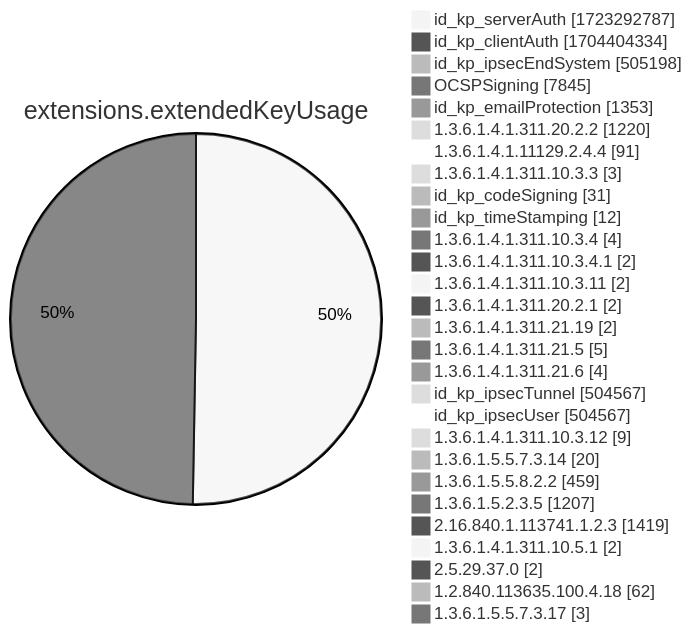
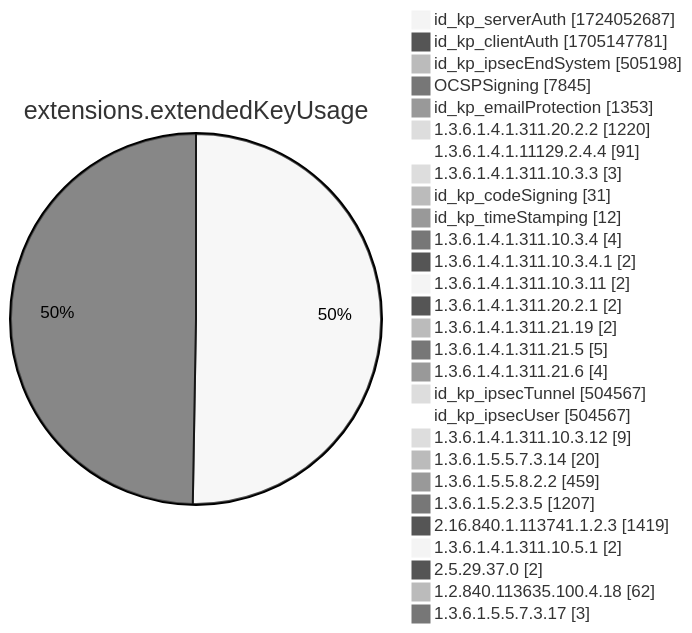
Diagram 12 of 15 in xenon2022/README.md (christiankrug/ctmonitor_visualization), drawn with Mermaid (neutral theme) before and after one commit. The commit also changed other lines of this file, not shown here.

````diff
--- a/xenon2022/README.md
+++ b/xenon2022/README.md
@@ -3889,32 +3889,32 @@
 ```mermaid
 pie showData
 title extensions.extendedKeyUsage
-"id_kp_serverAuth" :1723292787
-"id_kp_clientAuth" :1704404334
+"id_kp_serverAuth" :1724052687
+"id_kp_clientAuth" :1705147781
 "id_kp_ipsecEndSystem" :505198
 "OCSPSigning" :7845
 "id_kp_emailProtection" :1353
 "1.3.6.1.4.1.311.20.2.2" :1220
 "1.3.6.1.4.1.11129.2.4.4" :91
 "1.3.6.1.4.1.311.10.3.3" :3
 "id_kp_codeSigning" :31
 "id_kp_timeStamping" :12
 "1.3.6.1.4.1.311.10.3.4" :4
 "1.3.6.1.4.1.311.10.3.4.1" :2
 "1.3.6.1.4.1.311.10.3.11" :2
 "1.3.6.1.4.1.311.20.2.1" :2
 "1.3.6.1.4.1.311.21.19" :2
 "1.3.6.1.4.1.311.21.5" :5
 "1.3.6.1.4.1.311.21.6" :4
 "id_kp_ipsecTunnel" :504567
 "id_kp_ipsecUser" :504567
 "1.3.6.1.4.1.311.10.3.12" :9
 "1.3.6.1.5.5.7.3.14" :20
 "1.3.6.1.5.5.8.2.2" :459
 "1.3.6.1.5.2.3.5" :1207
 "2.16.840.1.113741.1.2.3" :1419
 "1.3.6.1.4.1.311.10.5.1" :2
 "2.5.29.37.0" :2
 "1.2.840.113635.100.4.18" :62
 "1.3.6.1.5.5.7.3.17" :3
 ```
````
